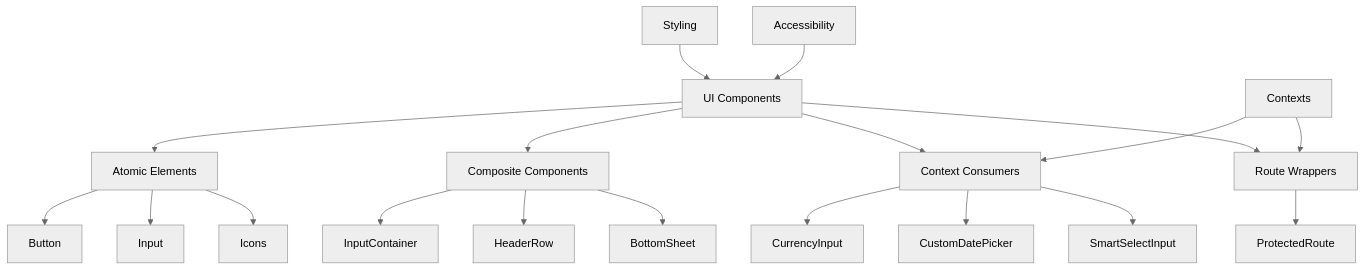
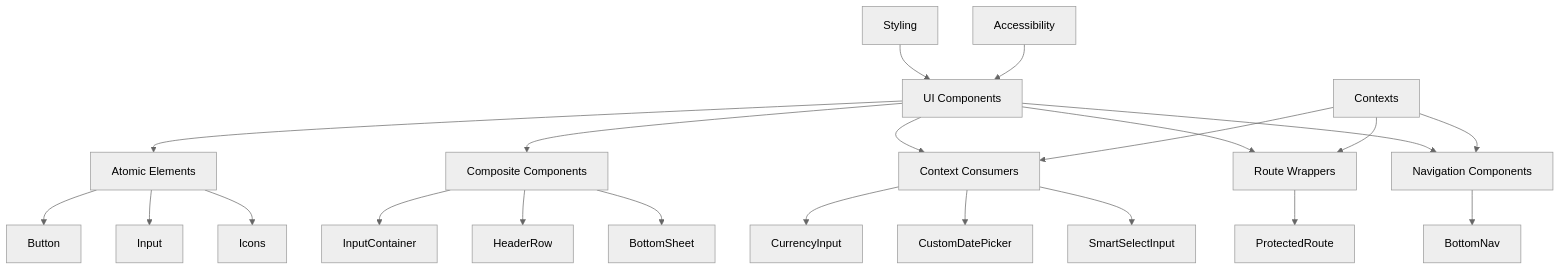
Before and after one commit to amiirbazzii/Expense-Tracker---Warp: the second of 8 diagrams in .qoder/repowiki/en/content/UI Component Library.md, drawn with Mermaid (neutral theme). The commit also changed other lines of this file and 15 other files, not shown here.

````diff
--- a/.qoder/repowiki/en/content/UI Component Library.md
+++ b/.qoder/repowiki/en/content/UI Component Library.md
@@ -99,21 +99,24 @@
 ```mermaid
 graph TD
 A[UI Components] --> B[Atomic Elements]
 A --> C[Composite Components]
 A --> D[Context Consumers]
 A --> E[Route Wrappers]
+A --> F[Navigation Components]
 B --> B1[Button]
 B --> B2[Input]
 B --> B3[Icons]
 C --> C1[InputContainer]
 C --> C2[HeaderRow]
 C --> C3[BottomSheet]
 D --> D1[CurrencyInput]
 D --> D2[CustomDatePicker]
 D --> D3[SmartSelectInput]
 E --> E1[ProtectedRoute]
-F[Contexts] --> D
-F --> E
-G[Styling] --> A
-H[Accessibility] --> A
+F --> F1[BottomNav]
+G[Contexts] --> D
+G --> E
+G --> F
+H[Styling] --> A
+I[Accessibility] --> A
 ```
````
